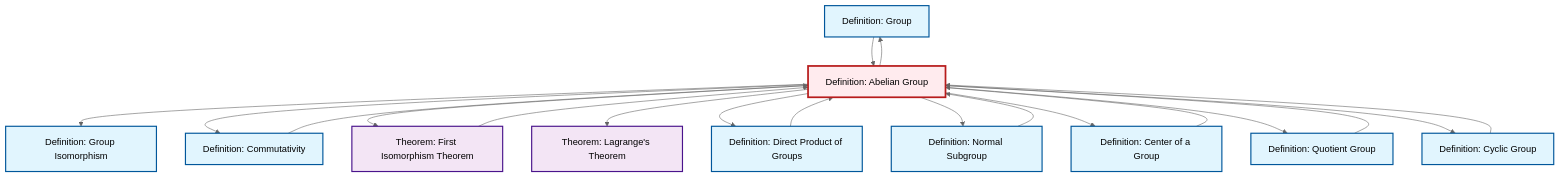
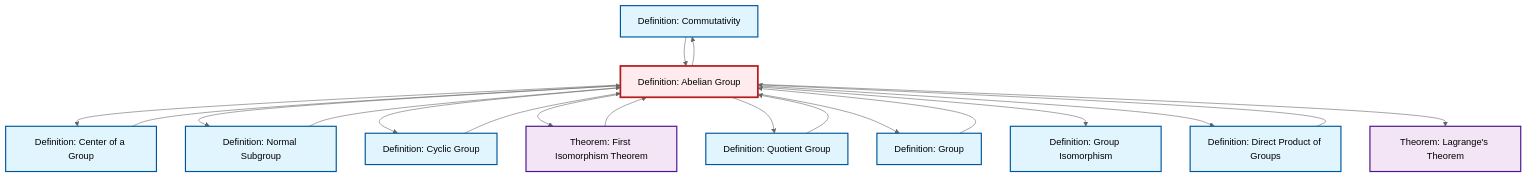
Before and after one commit to RK0429/ModernMath: the diagram in content/ja/algebra/def-abelian-group.qmd, drawn with Mermaid (neutral theme). The commit also changed other lines of this file and 14 other files, not shown here.

First line of the commit message:
feat: Add fundamental group definition with comprehensive cross-references

````diff
--- a/content/ja/algebra/def-abelian-group.qmd
+++ b/content/ja/algebra/def-abelian-group.qmd
@@ -104,49 +104,49 @@
 ```{mermaid}
 %%| fig-cap: "Local dependency graph"
 graph TD
     classDef definition fill:#e1f5fe,stroke:#01579b,stroke-width:2px
     classDef theorem fill:#f3e5f5,stroke:#4a148c,stroke-width:2px
     classDef axiom fill:#fff3e0,stroke:#e65100,stroke-width:2px
     classDef example fill:#e8f5e9,stroke:#1b5e20,stroke-width:2px
     classDef current fill:#ffebee,stroke:#b71c1c,stroke-width:3px
+    def-commutativity["Definition: Commutativity"]:::definition
+    def-cyclic-group["Definition: Cyclic Group"]:::definition
+    def-isomorphism["Definition: Group Isomorphism"]:::definition
     def-group["Definition: Group"]:::definition
+    def-center-of-group["Definition: Center of a Group"]:::definition
+    thm-first-isomorphism["Theorem: First Isomorphism Theorem"]:::theorem
+    thm-lagrange["Theorem: Lagrange's Theorem"]:::theorem
+    def-quotient-group["Definition: Quotient Group"]:::definition
+    def-direct-product["Definition: Direct Product of Groups"]:::definition
+    def-normal-subgroup["Definition: Normal Subgroup"]:::definition
     def-abelian-group["Definition: Abelian Group"]:::definition
-    thm-lagrange["Theorem: Lagrange's Theorem"]:::theorem
-    def-center-of-group["Definition: Center of a Group"]:::definition
-    def-quotient-group["Definition: Quotient Group"]:::definition
-    def-cyclic-group["Definition: Cyclic Group"]:::definition
-    def-normal-subgroup["Definition: Normal Subgroup"]:::definition
-    def-isomorphism["Definition: Group Isomorphism"]:::definition
-    def-direct-product["Definition: Direct Product of Groups"]:::definition
-    def-commutativity["Definition: Commutativity"]:::definition
-    thm-first-isomorphism["Theorem: First Isomorphism Theorem"]:::theorem
-    def-abelian-group --> def-isomorphism
-    def-abelian-group --> def-commutativity
-    def-direct-product --> def-abelian-group
-    def-cyclic-group --> def-abelian-group
-    def-commutativity --> def-abelian-group
     def-group --> def-abelian-group
+    thm-first-isomorphism --> def-abelian-group
+    def-abelian-group --> def-center-of-group
+    def-abelian-group --> def-normal-subgroup
+    def-abelian-group --> def-cyclic-group
     def-abelian-group --> thm-first-isomorphism
     def-center-of-group --> def-abelian-group
+    def-normal-subgroup --> def-abelian-group
+    def-commutativity --> def-abelian-group
+    def-cyclic-group --> def-abelian-group
+    def-quotient-group --> def-abelian-group
+    def-abelian-group --> def-quotient-group
+    def-abelian-group --> def-commutativity
+    def-abelian-group --> def-group
+    def-abelian-group --> def-isomorphism
+    def-abelian-group --> def-direct-product
+    def-direct-product --> def-abelian-group
     def-abelian-group --> thm-lagrange
-    def-abelian-group --> def-direct-product
-    def-abelian-group --> def-normal-subgroup
-    def-abelian-group --> def-group
-    def-abelian-group --> def-center-of-group
-    thm-first-isomorphism --> def-abelian-group
-    def-abelian-group --> def-quotient-group
-    def-quotient-group --> def-abelian-group
-    def-abelian-group --> def-cyclic-group
-    def-normal-subgroup --> def-abelian-group
     class def-abelian-group current
+    click def-commutativity "def-commutativity.html" "Definition: Commutativityへ"
+    click def-cyclic-group "def-cyclic-group.html" "Definition: Cyclic Groupへ"
+    click def-isomorphism "def-isomorphism.html" "Definition: Group Isomorphismへ"
     click def-group "def-group.html" "Definition: Groupへ"
+    click def-center-of-group "def-center-of-group.html" "Definition: Center of a Groupへ"
+    click thm-first-isomorphism "thm-first-isomorphism.html" "Theorem: First Isomorphism Theoremへ"
     click thm-lagrange "thm-lagrange.html" "Theorem: Lagrange's Theoremへ"
-    click def-center-of-group "def-center-of-group.html" "Definition: Center of a Groupへ"
     click def-quotient-group "def-quotient-group.html" "Definition: Quotient Groupへ"
-    click def-cyclic-group "def-cyclic-group.html" "Definition: Cyclic Groupへ"
+    click def-direct-product "def-direct-product.html" "Definition: Direct Product of Groupsへ"
     click def-normal-subgroup "def-normal-subgroup.html" "Definition: Normal Subgroupへ"
-    click def-isomorphism "def-isomorphism.html" "Definition: Group Isomorphismへ"
-    click def-direct-product "def-direct-product.html" "Definition: Direct Product of Groupsへ"
-    click def-commutativity "def-commutativity.html" "Definition: Commutativityへ"
-    click thm-first-isomorphism "thm-first-isomorphism.html" "Theorem: First Isomorphism Theoremへ"
 ```
````
